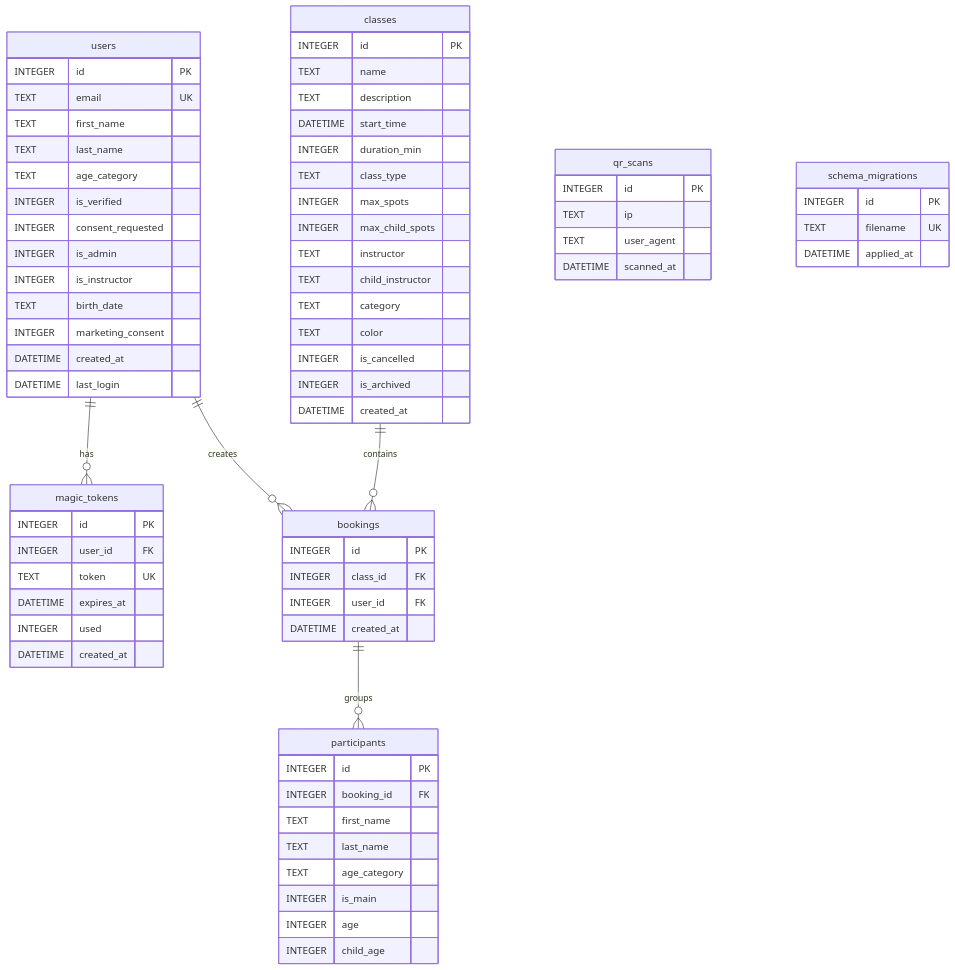
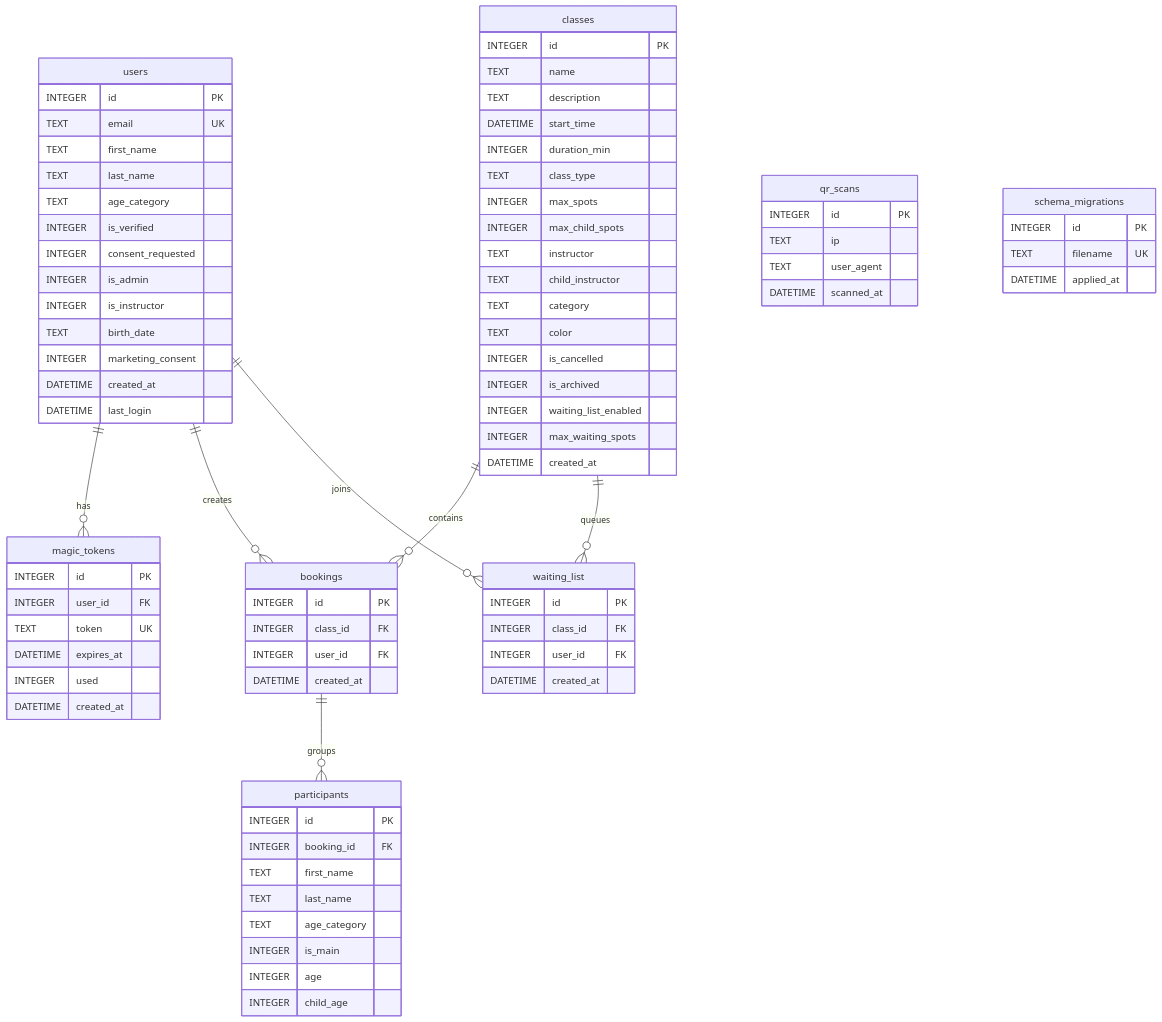
The second of 2 diagrams in README.md (prod-explore/climbing-booking), drawn with Mermaid before and after one commit. The commit also changed other lines of this file and 1 other file, not shown here.

First line of the commit message:
docs: README matches the code (waiting list, migration 006, login flow, limitations)

````diff
--- a/README.md
+++ b/README.md
@@ -103,6 +106,14 @@
         TEXT color
         INTEGER is_cancelled
         INTEGER is_archived
+        INTEGER waiting_list_enabled
+        INTEGER max_waiting_spots
+        DATETIME created_at
+    }
+    waiting_list {
+        INTEGER id PK
+        INTEGER class_id FK
+        INTEGER user_id FK
         DATETIME created_at
     }
     bookings {
@@ -137,4 +148,6 @@
     users ||--o{ bookings      : "creates"
     classes ||--o{ bookings    : "contains"
     bookings ||--o{ participants : "groups"
+    classes ||--o{ waiting_list : "queues"
+    users ||--o{ waiting_list  : "joins"
 ```
````
